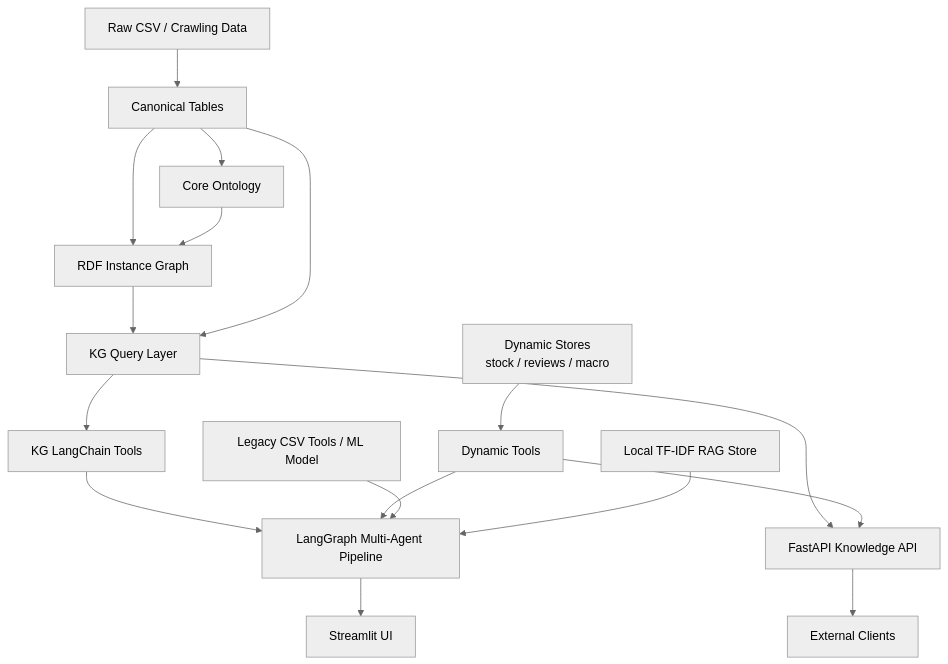
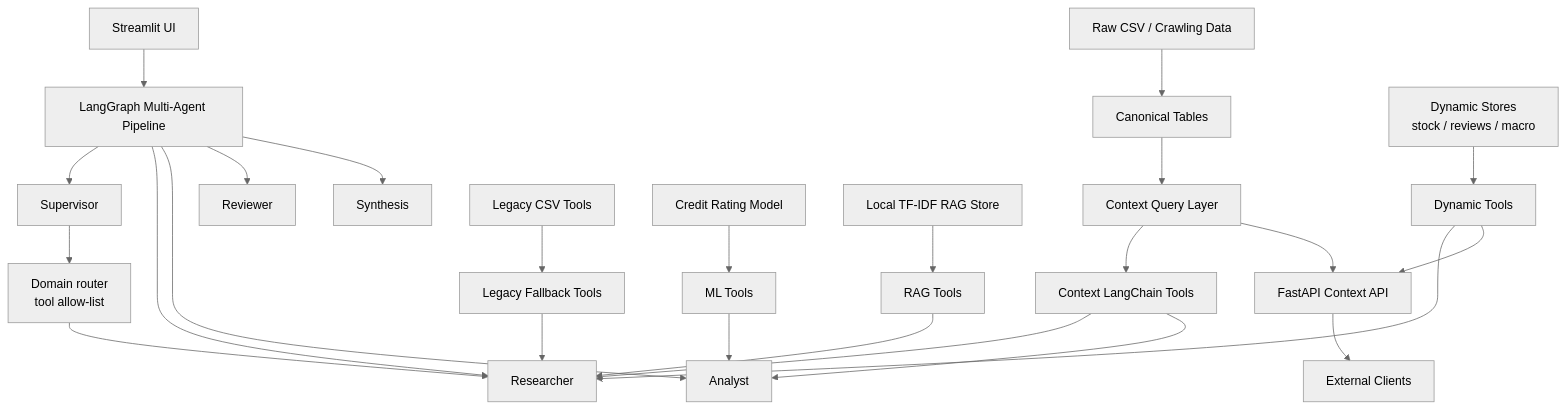
One commit to jiyoonmik/Biz-Insight changed the second of 3 diagrams in README.md. Above: the diagram before and after it, drawn with Mermaid (neutral theme). The commit also changed other lines of this file and 37 other files, not shown here.

First line of the commit message:
Refocus project around multi-agent analysis pipeline

````diff
--- a/README.md
+++ b/README.md
@@ -22,23 +37,32 @@
 ```mermaid
 flowchart TD
+    Streamlit["Streamlit UI"] --> Graph["LangGraph Multi-Agent Pipeline"]
+    Graph --> Supervisor
+    Graph --> Researcher
+    Graph --> Analyst
+    Graph --> Reviewer
+    Graph --> Synthesis
+
+    Supervisor --> ToolPolicy["Domain router<br/>tool allow-list"]
+    ToolPolicy --> Researcher
+
     Raw["Raw CSV / Crawling Data"] --> Canonical["Canonical Tables"]
-    Canonical --> Ontology["Core Ontology"]
-    Canonical --> RDF["RDF Instance Graph"]
-    Ontology --> RDF
+    Canonical --> ContextQueries["Context Query Layer"]
+    ContextQueries --> ContextTools["Context LangChain Tools"]
 
-    RDF --> KGQueries["KG Query Layer"]
-    Canonical --> KGQueries
     Dynamic["Dynamic Stores<br/>stock / reviews / macro"] --> DynamicTools["Dynamic Tools"]
+    LegacyCSV["Legacy CSV Tools"] --> LegacyTools["Legacy Fallback Tools"]
+    ML["Credit Rating Model"] --> MLTools["ML Tools"]
+    RAG["Local TF-IDF RAG Store"] --> RAGTools["RAG Tools"]
 
-    KGQueries --> KGTools["KG LangChain Tools"]
-    KGQueries --> API["FastAPI Knowledge API"]
+    ContextTools --> Researcher
+    DynamicTools --> Researcher
+    LegacyTools --> Researcher
+    RAGTools --> Researcher
+    ContextTools --> Analyst
+    MLTools --> Analyst
+
+    ContextQueries --> API["FastAPI Context API"]
     DynamicTools --> API
-
-    KGTools --> Agents["LangGraph Multi-Agent Pipeline"]
-    DynamicTools --> Agents
-    LegacyCSV["Legacy CSV Tools / ML Model"] --> Agents
-    RAG["Local TF-IDF RAG Store"] --> Agents
-
-    Agents --> Streamlit["Streamlit UI"]
     API --> Client["External Clients"]
 ```
````
